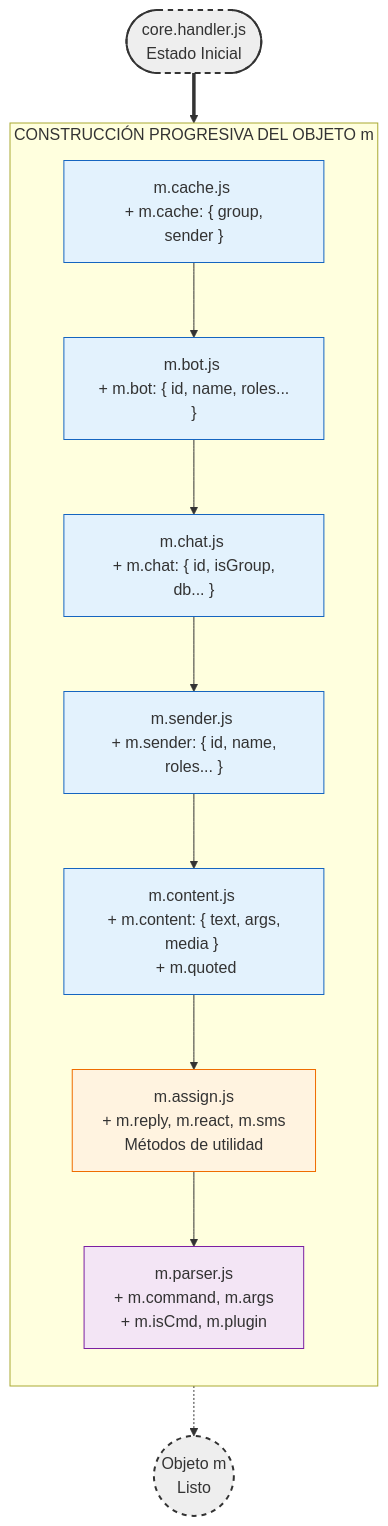
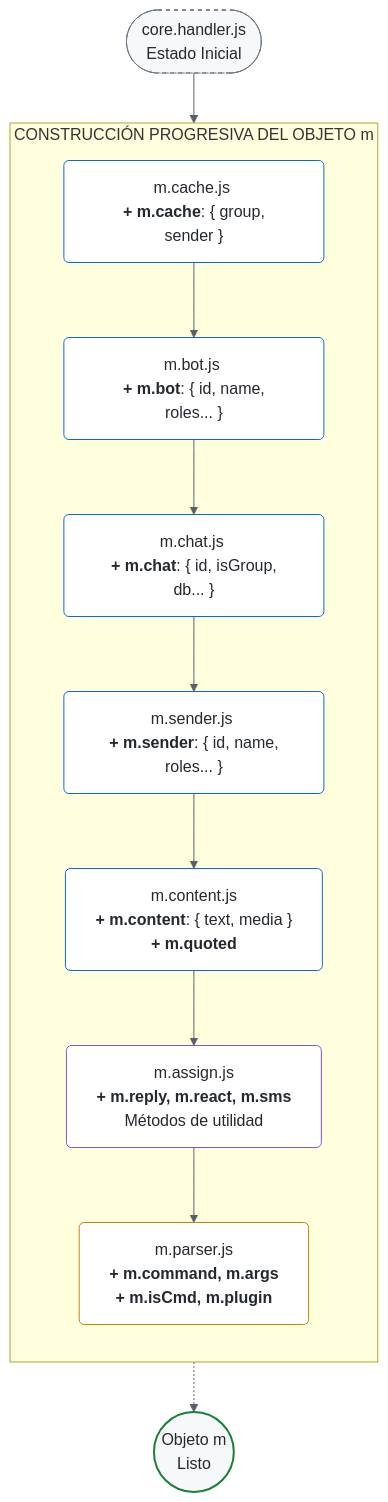
One commit to Zeppth/Jun-Base changed the diagram in file.md. Above: the diagram before and after it, drawn with Mermaid.

````diff
--- a/file.md
+++ b/file.md
@@ -28,37 +28,55 @@
 ```mermaid
 graph TD
-    %% Estilos
-    classDef init fill:#eeeeee,stroke:#333,stroke-width:2px,stroke-dasharray: 5 5;
-    classDef data fill:#e3f2fd,stroke:#1565c0,stroke-width:1px;
-    classDef methods fill:#fff3e0,stroke:#ef6c00,stroke-width:1px;
-    classDef logic fill:#f3e5f5,stroke:#7b1fa2,stroke-width:1px;
+    %% --- ESTILOS TEMA GITHUB (Primer Design System) ---
+    %% Bases neutras
+    classDef default fill:#ffffff,stroke:#d1d5da,stroke-width:1px,color:#24292f,rx:5,ry:5;
+    
+    %% Estado Inicial (Gris/Dashed)
+    classDef init fill:#f6f8fa,stroke:#6e7781,stroke-width:1px,stroke-dasharray: 4 4;
+    
+    %% Módulos de Datos (Borde Azul GitHub)
+    classDef data stroke:#0969da,stroke-width:1px,fill:#ffffff;
+    
+    %% Módulos de Métodos (Borde Morado GitHub)
+    classDef methods stroke:#8250df,stroke-width:1px,fill:#ffffff;
+    
+    %% Lógica/Parser (Borde Naranja GitHub)
+    classDef logic stroke:#bf8700,stroke-width:1px,fill:#ffffff;
+    
+    %% Final (Borde Verde Éxito)
+    classDef final stroke:#1a7f37,stroke-width:2px,fill:#f6f8fa;
 
-    %% Nodo Inicial
+    %% --- NODOS ---
+
     Init(["core.handler.js <br/> Estado Inicial"]):::init
 
-    %% Grupo Principal
     subgraph Pipeline ["CONSTRUCCIÓN PROGRESIVA DEL OBJETO m"]
         direction TB
         
-        Step1["m.cache.js <br/> + m.cache: { group, sender }"]:::data
-        Step2["m.bot.js <br/> + m.bot: { id, name, roles... }"]:::data
-        Step3["m.chat.js <br/> + m.chat: { id, isGroup, db... }"]:::data
-        Step4["m.sender.js <br/> + m.sender: { id, name, roles... }"]:::data
-        Step5["m.content.js <br/> + m.content: { text, args, media } <br/> + m.quoted"]:::data
-        Step6["m.assign.js <br/> + m.reply, m.react, m.sms <br/> Métodos de utilidad"]:::methods
-        Step7["m.parser.js <br/> + m.command, m.args <br/> + m.isCmd, m.plugin"]:::logic
+        Step1["m.cache.js <br/> <b>+ m.cache</b>: { group, sender }"]:::data
+        Step2["m.bot.js <br/> <b>+ m.bot</b>: { id, name, roles... }"]:::data
+        Step3["m.chat.js <br/> <b>+ m.chat</b>: { id, isGroup, db... }"]:::data
+        Step4["m.sender.js <br/> <b>+ m.sender</b>: { id, name, roles... }"]:::data
+        
+        Step5["m.content.js <br/> <b>+ m.content</b>: { text, media } <br/> <b>+ m.quoted</b>"]:::data
+        
+        Step6["m.assign.js <br/> <b>+ m.reply, m.react, m.sms</b> <br/> Métodos de utilidad"]:::methods
+        
+        Step7["m.parser.js <br/> <b>+ m.command, m.args</b> <br/> <b>+ m.isCmd, m.plugin</b>"]:::logic
     end
 
-    %% Nodo Final
-    Ready(("Objeto m <br/> Listo")):::init
+    Ready(("Objeto m <br/> Listo")):::final
 
-    %% Conexiones
+    %% --- CONEXIONES ---
     Init ==> Step1
     Step1 --> Step2
     Step2 --> Step3
     Step3 --> Step4
     Step4 --> Step5
     Step5 --> Step6
     Step6 --> Step7
     Step7 -.-> Ready
+    
+    %% Estilo del link (Gris suave)
+    linkStyle default stroke:#57606a,stroke-width:1px;
 ```
````
